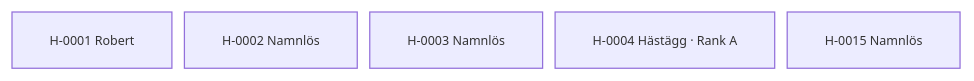
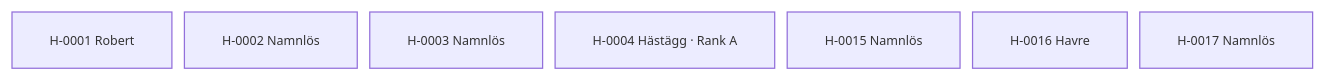
Before and after one commit to awoltmp/horse-registry: the diagram in content/02. Register/02.3 Stamtavlor/Fristående hästar.md, drawn with Mermaid. The commit also changed other lines of this file and 56 other files, not shown here.

````diff
--- a/content/02. Register/02.3 Stamtavlor/Fristående hästar.md
+++ b/content/02. Register/02.3 Stamtavlor/Fristående hästar.md
@@ -26,10 +26,12 @@
 ```mermaid
 %%{init: {"flowchart": {"nodeSpacing": 10, "rankSpacing": 18, "curve": "basis", "htmlLabels": true}, "themeVariables": {"fontSize": "10px"}}}%%
 flowchart TB
     h0["H-0001 Robert"]
     h1["H-0002 Namnlös"]
     h2["H-0003 Namnlös"]
     h3["H-0004 Hästägg · Rank A"]
     h4["H-0015 Namnlös"]
-    class h0,h1,h2,h3,h4 internal-link;
+    h5["H-0016 Havre"]
+    h6["H-0017 Namnlös"]
+    class h0,h1,h2,h3,h4,h5,h6 internal-link;
 ```
````
